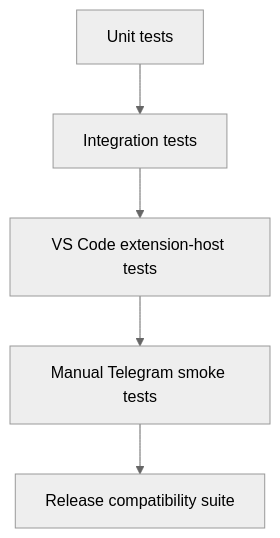
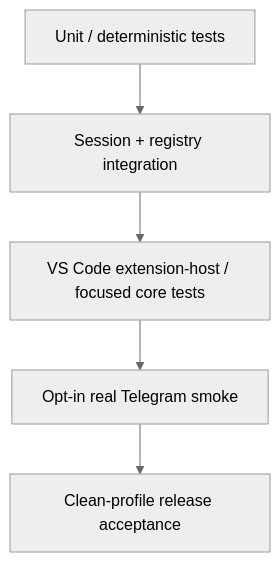
One commit to SachiHarshitha/vscode-telegram changed the diagram in extensions/copilot/docs/telegram-remote/TEST_STRATEGY.md. Above: the diagram before and after it, drawn with Mermaid (neutral theme). The commit also changed other lines of this file, not shown here.

Commit message:
docs(telegram-remote): refocus test strategy on current release risks

````diff
--- a/extensions/copilot/docs/telegram-remote/TEST_STRATEGY.md
+++ b/extensions/copilot/docs/telegram-remote/TEST_STRATEGY.md
@@ -20,7 +23,10 @@
 ```mermaid
 flowchart TB
-    U[Unit tests] --> I[Integration tests]
-    I --> E[VS Code extension-host tests]
-    E --> M[Manual Telegram smoke tests]
-    M --> R[Release compatibility suite]
+    U[Unit / deterministic tests]
+    I[Session + registry integration]
+    V[VS Code extension-host / focused core tests]
+    B[Opt-in real Telegram smoke]
+    R[Clean-profile release acceptance]
+
+    U --> I --> V --> B --> R
 ```
````
